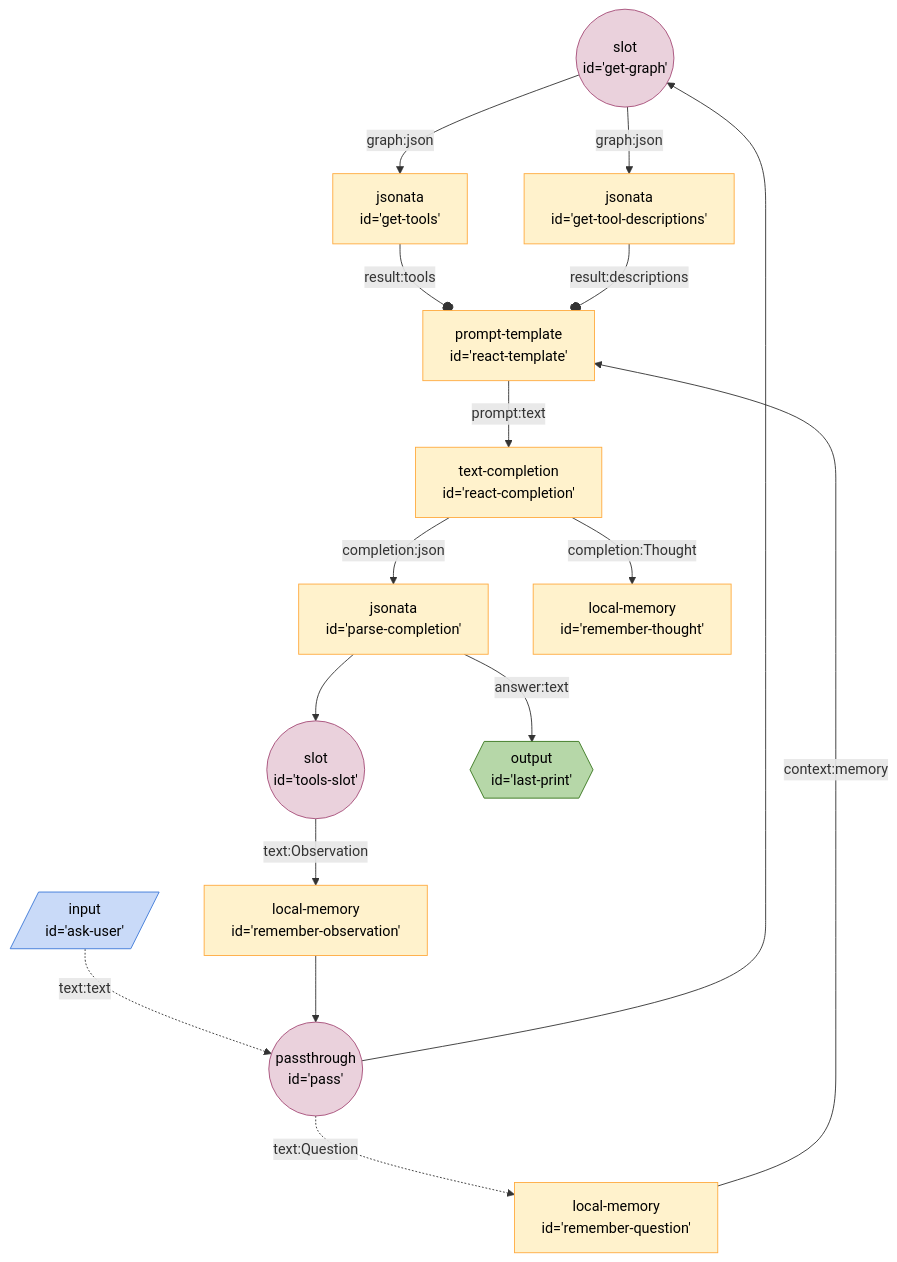
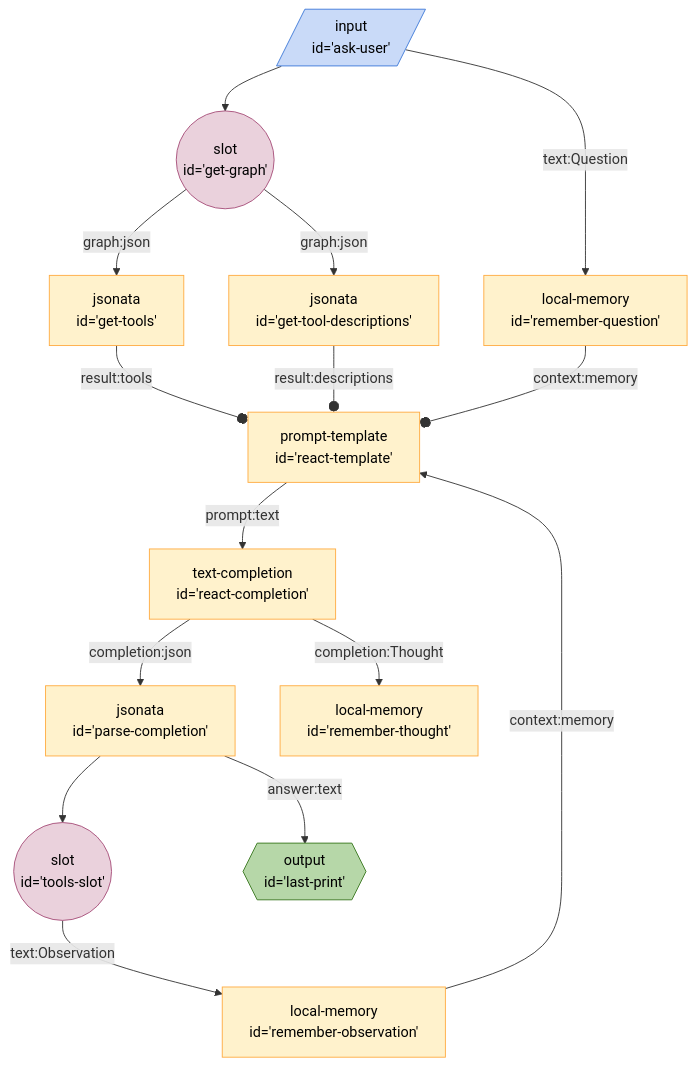
One commit to breadboard-ai/breadboard changed the diagram in seeds/graph-playground/docs/graphs/react-with-slot.md. Above: the diagram before and after it, drawn with Mermaid. The commit also changed 3 other files, not shown here.

First line of the commit message:
[graphs] Implement `once` machinery.

````diff
--- a/seeds/graph-playground/docs/graphs/react-with-slot.md
+++ b/seeds/graph-playground/docs/graphs/react-with-slot.md
@@ -4,55 +4,52 @@
 ```mermaid
 %%{init: 'themeVariables': { 'fontFamily': 'Fira Code, monospace' }}}%%
 graph TD;
 getgraph(("slot
 id='get-graph'")):::slot -- graph:json --> gettools["jsonata
 id='get-tools'"]
 getgraph(("slot
 id='get-graph'")):::slot -- graph:json --> gettooldescriptions["jsonata
 id='get-tool-descriptions'"]
 gettools["jsonata
 id='get-tools'"] -- result:tools --o reacttemplate["prompt-template
 id='react-template'"]
 gettooldescriptions["jsonata
 id='get-tool-descriptions'"] -- result:descriptions --o reacttemplate["prompt-template
 id='react-template'"]
 askuser[/"input
-id='ask-user'"/]:::input -. text:text .-> pass(("passthrough
-id='pass'")):::passthrough
-pass(("passthrough
-id='pass'")):::passthrough -. text:Question .-> rememberquestion["local-memory
+id='ask-user'"/]:::input -- text:Question --> rememberquestion["local-memory
 id='remember-question'"]
+askuser[/"input
+id='ask-user'"/]:::input --> getgraph(("slot
+id='get-graph'")):::slot
 rememberquestion["local-memory
-id='remember-question'"] -- context:memory --> reacttemplate["prompt-template
+id='remember-question'"] -- context:memory --o reacttemplate["prompt-template
 id='react-template'"]
-pass(("passthrough
-id='pass'")):::passthrough --> getgraph(("slot
-id='get-graph'")):::slot
 reacttemplate["prompt-template
 id='react-template'"] -- prompt:text --> reactcompletion["text-completion
 id='react-completion'"]
 reactcompletion["text-completion
 id='react-completion'"] -- completion:json --> parsecompletion["jsonata
 id='parse-completion'"]
 reactcompletion["text-completion
 id='react-completion'"] -- completion:Thought --> rememberthought["local-memory
 id='remember-thought'"]
 parsecompletion["jsonata
 id='parse-completion'"] --> toolsslot(("slot
 id='tools-slot'")):::slot
 toolsslot(("slot
 id='tools-slot'")):::slot -- text:Observation --> rememberobservation["local-memory
 id='remember-observation'"]
 rememberobservation["local-memory
-id='remember-observation'"] --> pass(("passthrough
-id='pass'")):::passthrough
+id='remember-observation'"] -- context:memory --> reacttemplate["prompt-template
+id='react-template'"]
 parsecompletion["jsonata
 id='parse-completion'"] -- answer:text --> lastprint{{"output
 id='last-print'"}}:::output
 classDef default stroke:#ffab40,fill:#fff2ccff,color:#000
 classDef input stroke:#3c78d8,fill:#c9daf8ff,color:#000
 classDef output stroke:#38761d,fill:#b6d7a8ff,color:#000
 classDef passthrough stroke:#a64d79,fill:#ead1dcff,color:#000
 classDef slot stroke:#a64d79,fill:#ead1dcff,color:#000
 classDef slotted stroke:#a64d79
 ```
````
